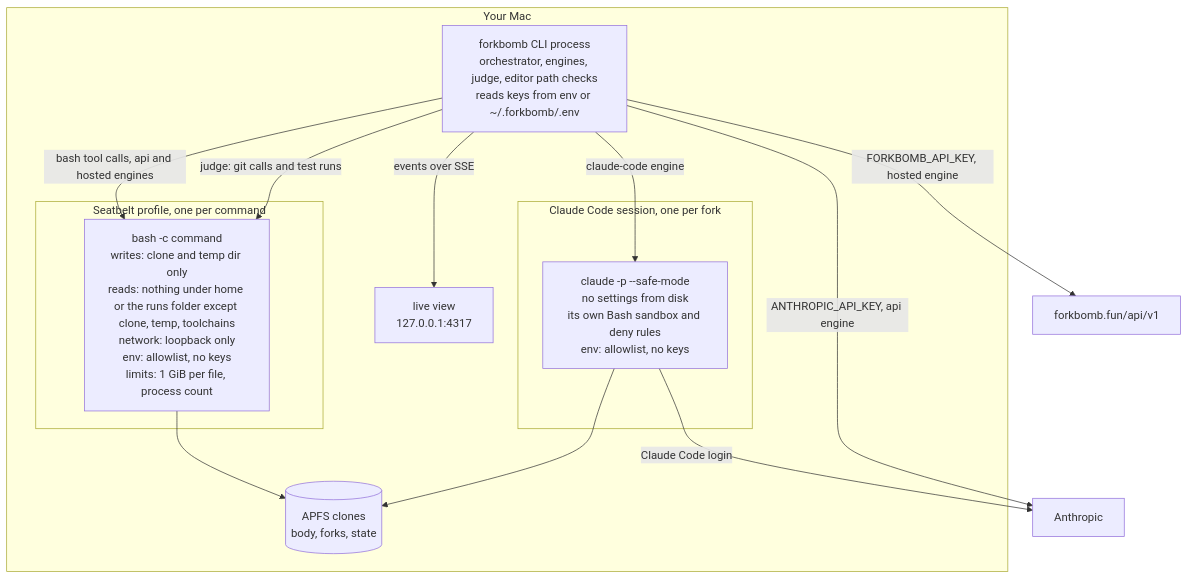
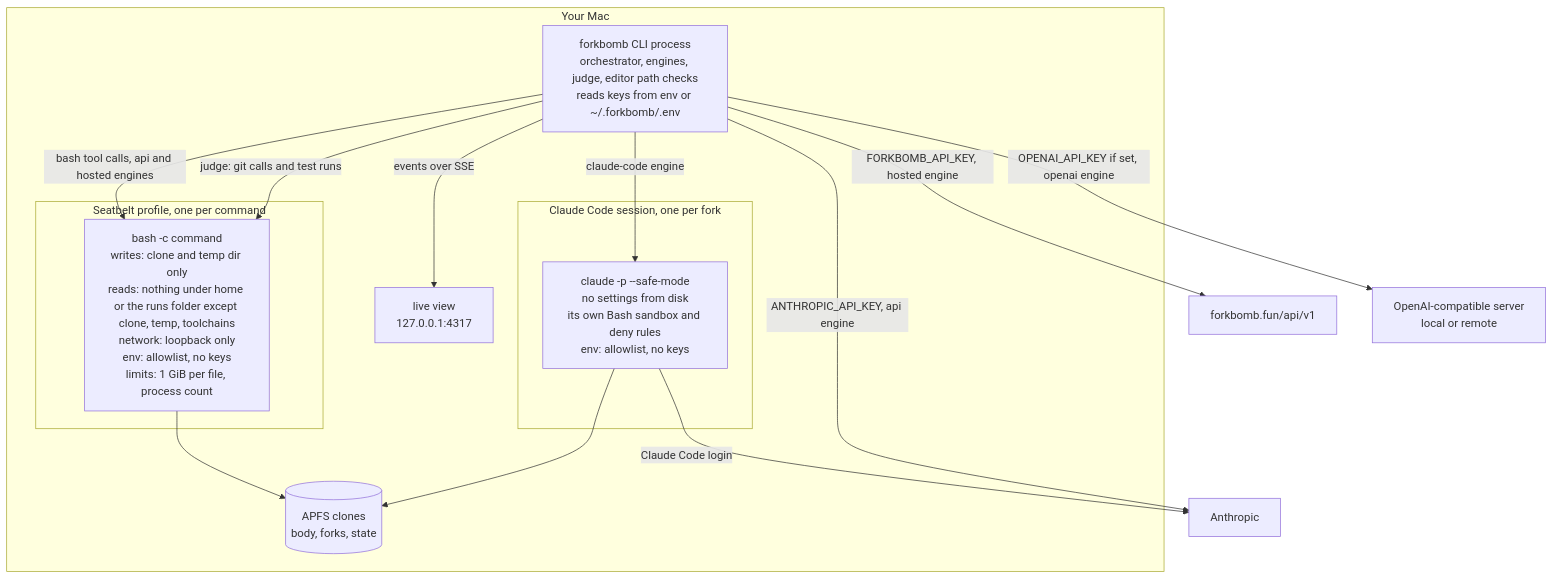
One commit to plvgger/forkbomb changed the second of 3 diagrams in docs/ARCHITECTURE.md. Above: the diagram before and after it, drawn with Mermaid. The commit also changed other lines of this file and 2 other files, not shown here.

First line of the commit message:
Docs: the openai engine and the hosted cold-start notice

````diff
--- a/docs/ARCHITECTURE.md
+++ b/docs/ARCHITECTURE.md
@@ -244,25 +257,27 @@
 ```mermaid
 flowchart TB
     subgraph mac["Your Mac"]
         cli["forkbomb CLI process<br/>orchestrator, engines, judge, editor path checks<br/>reads keys from env or ~/.forkbomb/.env"]
         subgraph seatbelt["Seatbelt profile, one per command"]
             sh["bash -c command<br/>writes: clone and temp dir only<br/>reads: nothing under home or the runs folder except clone, temp, toolchains<br/>network: loopback only<br/>env: allowlist, no keys<br/>limits: 1 GiB per file, process count"]
         end
         subgraph claude["Claude Code session, one per fork"]
             cc["claude -p --safe-mode<br/>no settings from disk<br/>its own Bash sandbox and deny rules<br/>env: allowlist, no keys"]
         end
         disk[("APFS clones<br/>body, forks, state")]
         ui["live view<br/>127.0.0.1:4317"]
     end
     anthropic["Anthropic"]
     gateway["forkbomb.fun/api/v1"]
+    oaserver["OpenAI-compatible server<br/>local or remote"]
     cli -->|"bash tool calls, api and hosted engines"| sh
     cli -->|"judge: git calls and test runs"| sh
     cli -->|"claude-code engine"| cc
     sh --> disk
     cc --> disk
     cc -->|"Claude Code login"| anthropic
     cli -->|"ANTHROPIC_API_KEY, api engine"| anthropic
     cli -->|"FORKBOMB_API_KEY, hosted engine"| gateway
+    cli -->|"OPENAI_API_KEY if set, openai engine"| oaserver
     cli -->|"events over SSE"| ui
 ```
````
